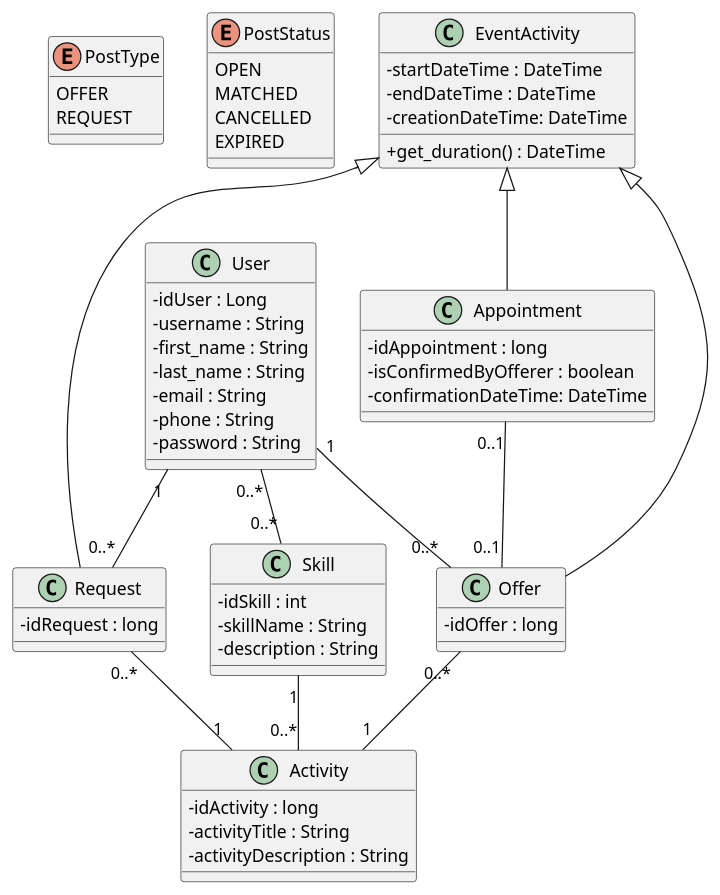
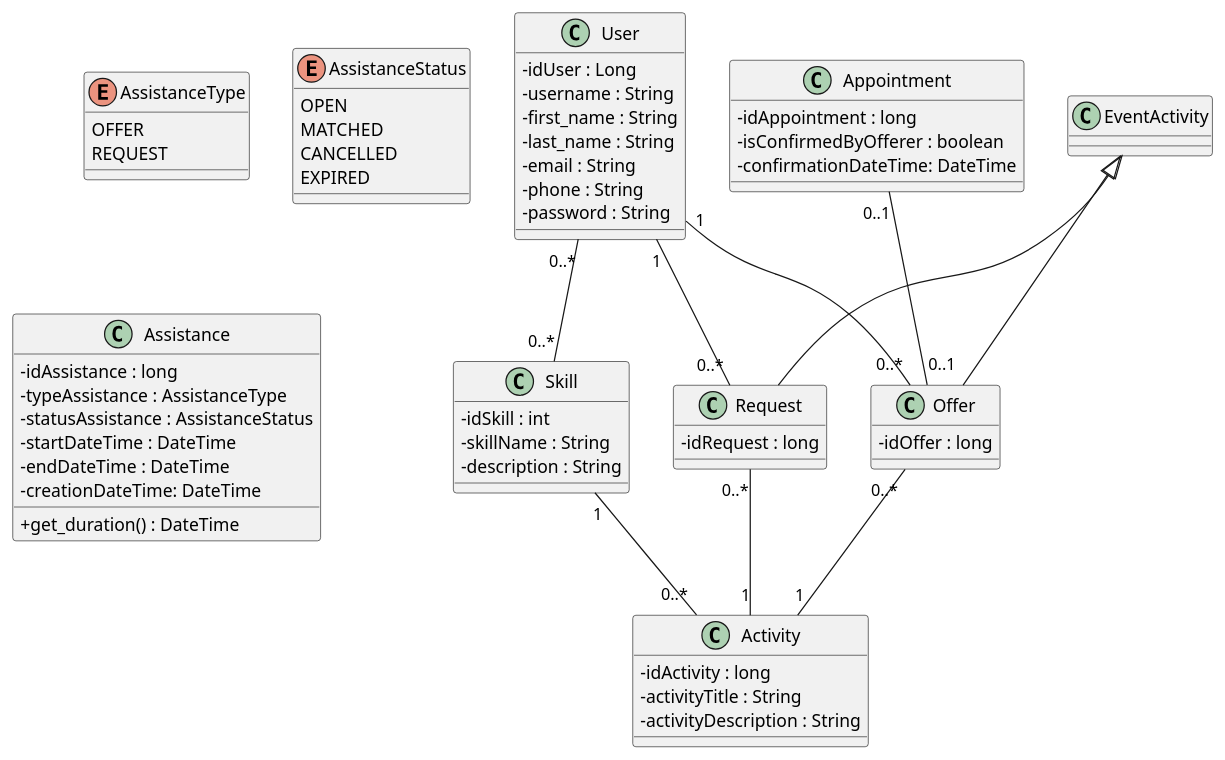
One commit to albanmartel/SkillsExchange changed the diagram in Modelisation/02_CLASS_DIAGRAM/02_Class_Digram.puml. Above: the diagram before and after it, drawn with PlantUML.

Commit message:
UPDATE '02_Class_Digram.puml' changement de noms des enums 'PostType' pour 'AssistanceType' et 'PostStatus' pour 'AssistanceStatus'. Modification de la classe 'EventActivity' en 'Activity'.

```diff
--- a/Modelisation/02_CLASS_DIAGRAM/02_Class_Digram.puml
+++ b/Modelisation/02_CLASS_DIAGRAM/02_Class_Digram.puml
@@ -1,71 +1,73 @@
 @startuml
 skinparam classAttributeIconSize 0
 
-enum PostType {
+enum AssistanceType {
   OFFER
   REQUEST
 }
 
-enum PostStatus {
+enum AssistanceStatus {
   OPEN
   MATCHED
   CANCELLED
   EXPIRED
 }
 
 class User {
   - idUser : Long
   - username : String
   - first_name : String
   - last_name : String
   - email : String
   - phone : String
   - password : String
 }
 
 class Skill {
   - idSkill : int
   - skillName : String
   - description : String
 }
 
 class Activity {
   - idActivity : long
   - activityTitle : String
   - activityDescription : String
 }
 
-class EventActivity {
+class Assistance {
+  - idAssistance : long
+  - typeAssistance : AssistanceType
+  - statusAssistance : AssistanceStatus
   - startDateTime : DateTime
   - endDateTime : DateTime
   - creationDateTime: DateTime
   + get_duration() : DateTime
 }
 
 class Offer {
   - idOffer : long
 }
 
 class Appointment{
   - idAppointment : long
   - isConfirmedByOfferer : boolean
   - confirmationDateTime: DateTime
 }
 
 class Request {
   - idRequest : long
 }
 
 EventActivity <|-- Offer
-EventActivity <|-- Appointment
 EventActivity <|-- Request
 
 User "0..*" -- "0..*" Skill
 Skill "1" -- "0..*" Activity
 User "1" -- "0..*" Offer
 User "1" -- "0..*" Request
 Offer "0..*" -- "1" Activity
 Request "0..*" -- "1" Activity
 Appointment "0..1" -- "0..1" Offer
 
 @enduml
```
